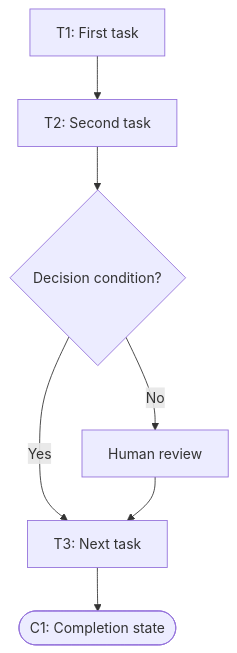
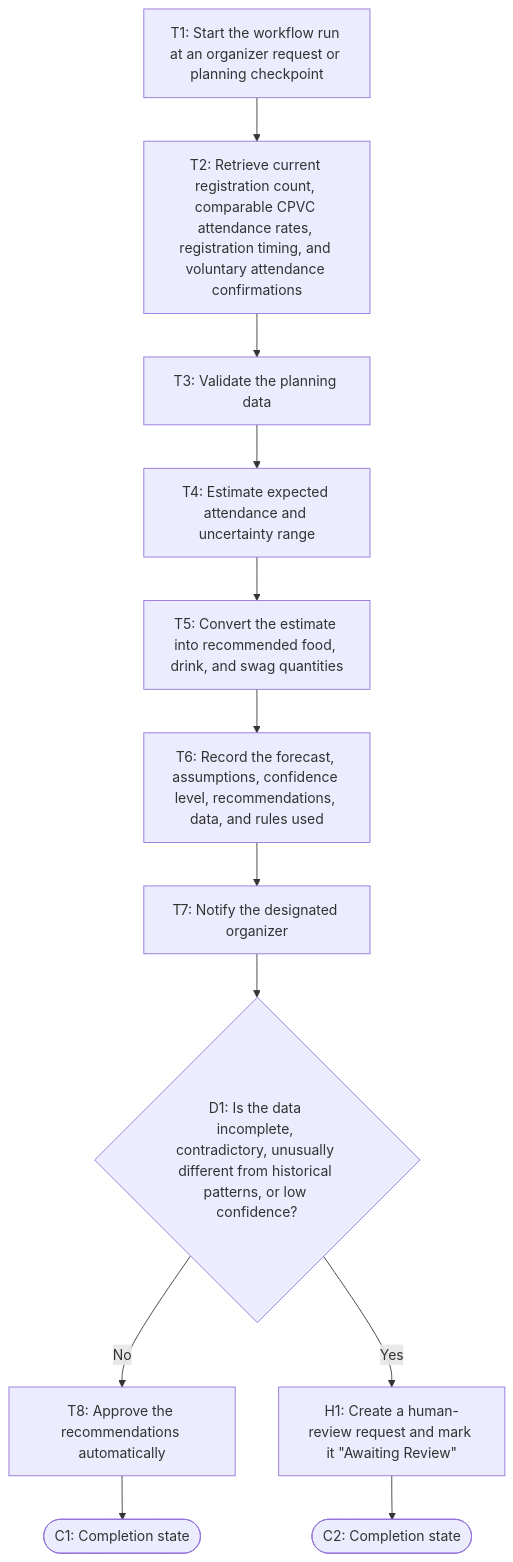
One commit to pghosh-101/BUS4498_InClass_Builds changed the diagram in my_first_agent/agent/workflow-of-tasks.md. Above: the diagram before and after it, drawn with Mermaid. The commit also changed other lines of this file, not shown here.

Commit message:
Complete Friday Build 01 Part 2 workflow

````diff
--- a/my_first_agent/agent/workflow-of-tasks.md
+++ b/my_first_agent/agent/workflow-of-tasks.md
@@ -25,9 +23,14 @@
 ```mermaid
 flowchart TD
-    T1["T1: First task"] --> T2["T2: Second task"]
-    T2 --> D1{"Decision condition?"}
-    D1 -->|Yes| T3["T3: Next task"]
-    D1 -->|No| H1["Human review"]
-    H1 --> T3
-    T3 --> C1([C1: Completion state])
+    T1["T1: Start the workflow run at an organizer request or planning checkpoint"] --> T2["T2: Retrieve current registration count, comparable CPVC attendance rates, registration timing, and voluntary attendance confirmations"]
+    T2 --> T3["T3: Validate the planning data"]
+    T3 --> T4["T4: Estimate expected attendance and uncertainty range"]
+    T4 --> T5["T5: Convert the estimate into recommended food, drink, and swag quantities"]
+    T5 --> T6["T6: Record the forecast, assumptions, confidence level, recommendations, data, and rules used"]
+    T6 --> T7["T7: Notify the designated organizer"]
+    T7 --> D1{"D1: Is the data incomplete, contradictory, unusually different from historical patterns, or low confidence?"}
+    D1 -->|No| T8["T8: Approve the recommendations automatically"]
+    D1 -->|Yes| H1["H1: Create a human-review request and mark it &quot;Awaiting Review&quot;"]
+    T8 --> C1([C1: Completion state])
+    H1 --> C2([C2: Completion state])
 ```
````
